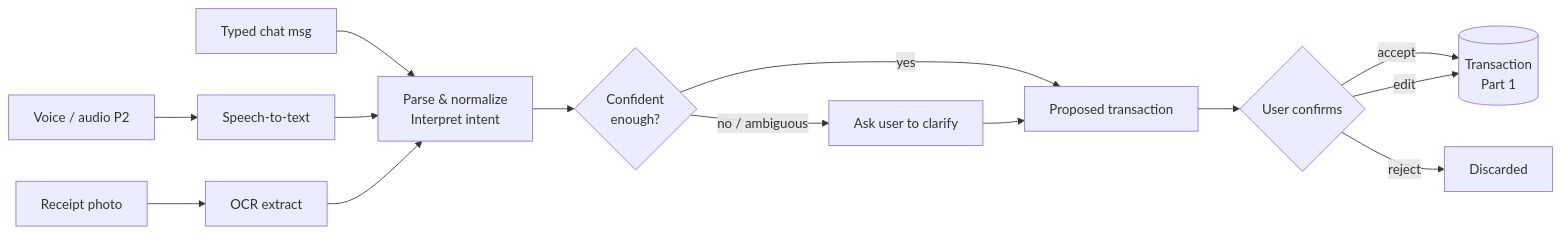
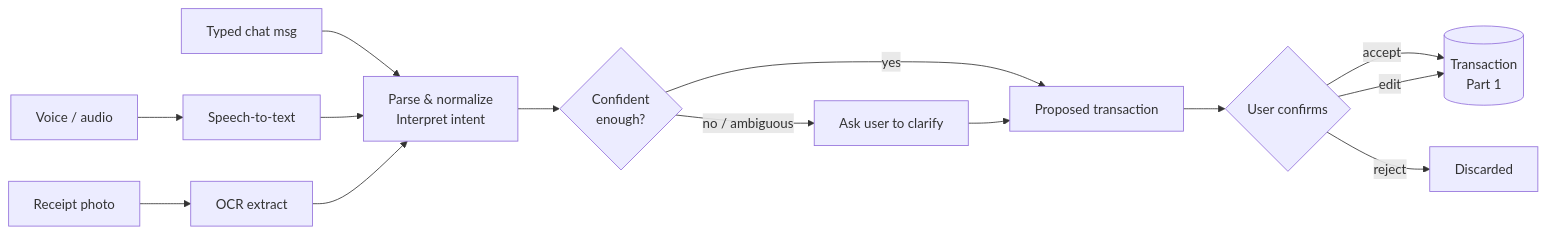
One commit to vithursi31/ZenZMoneyManager changed the third of 7 diagrams in docs/domain/domain-documentation.md. Above: the diagram before and after it, drawn with Mermaid. The commit also changed other lines of this file and 81 other files, not shown here.

````diff
--- a/docs/domain/domain-documentation.md
+++ b/docs/domain/domain-documentation.md
@@ -758,13 +717,13 @@
 ```mermaid
 flowchart LR
     A[Typed chat msg] --> P
-    B[Voice / audio  P2] --> STT[Speech-to-text] --> P
+    B[Voice / audio] --> STT[Speech-to-text] --> P
     C[Receipt photo] --> OCR[OCR extract] --> P
     P[Parse & normalize\nInterpret intent] --> D{Confident\nenough?}
     D -- yes --> PROP[Proposed transaction]
     D -- no / ambiguous --> CLARIFY[Ask user to clarify] --> PROP
     PROP --> CONFIRM{User confirms}
     CONFIRM -- accept --> TXN[(Transaction\nPart 1)]
     CONFIRM -- edit --> TXN
     CONFIRM -- reject --> DROP[Discarded]
 ```
````
